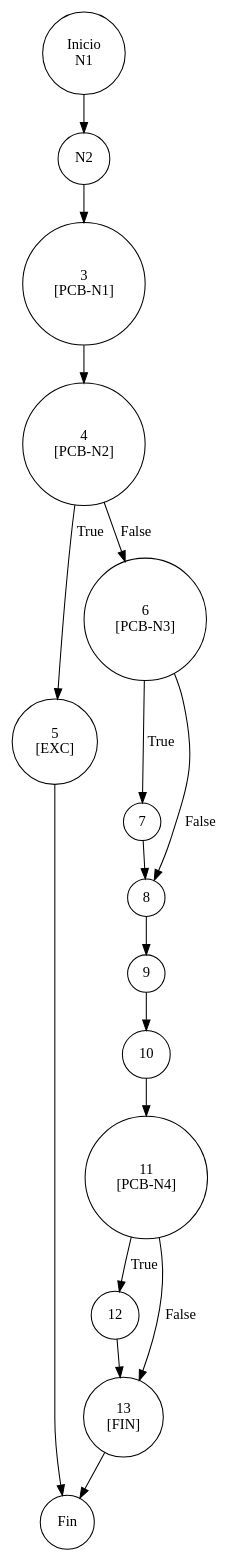
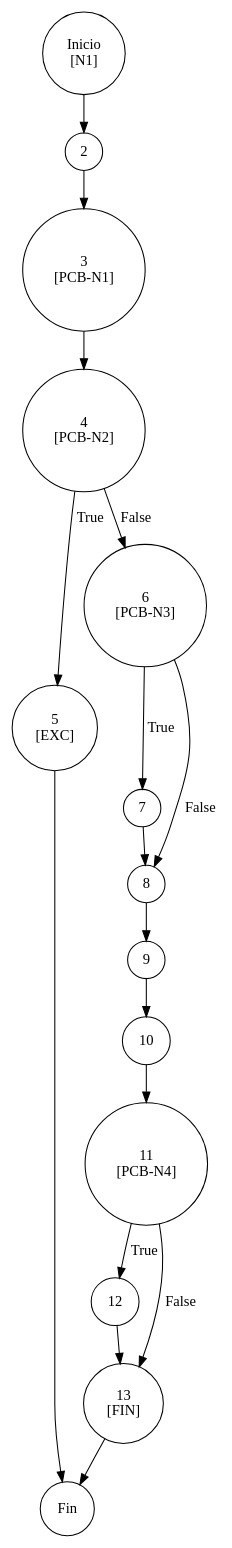
The diagram in pcb_analisis/PCB-017_Reporte.md (gitGabrielCruz/ERP_WALOOK_PCB), drawn with PlantUML before and after one commit. The commit also changed other lines of this file and 17 other files, not shown here.

````diff
--- a/pcb_analisis/PCB-017_Reporte.md
+++ b/pcb_analisis/PCB-017_Reporte.md
@@ -129,39 +123,41 @@
 ```plantuml
 @startuml
 digraph CFG_PCB017 {
+rankdir=TB
 node [shape=circle]
-I [label="Inicio\nN1"]
-N2 [label="N2"]
+
+I [label="Inicio\n[N1]"]
+N2 [label="2"]
 N3 [label="3\n[PCB-N1]"]
 N4 [label="4\n[PCB-N2]"]
 N5 [label="5\n[EXC]"]
 N6 [label="6\n[PCB-N3]"]
 N7 [label="7"]
 N8 [label="8"]
 N9 [label="9"]
 N10 [label="10"]
 N11 [label="11\n[PCB-N4]"]
 N12 [label="12"]
 N13 [label="13\n[FIN]"]
 F [label="Fin"]
 
 I -> N2
 N2 -> N3
 N3 -> N4
 N4 -> N5 [label="True"]
 N4 -> N6 [label="False"]
 N6 -> N7 [label="True"]
 N6 -> N8 [label="False"]
 N7 -> N8
 N8 -> N9
 N9 -> N10
 N10 -> N11
 N11 -> N12 [label="True"]
 N11 -> N13 [label="False"]
 N12 -> N13
 
 N5 -> F
 N13 -> F
 }
 @enduml
 ```
````
